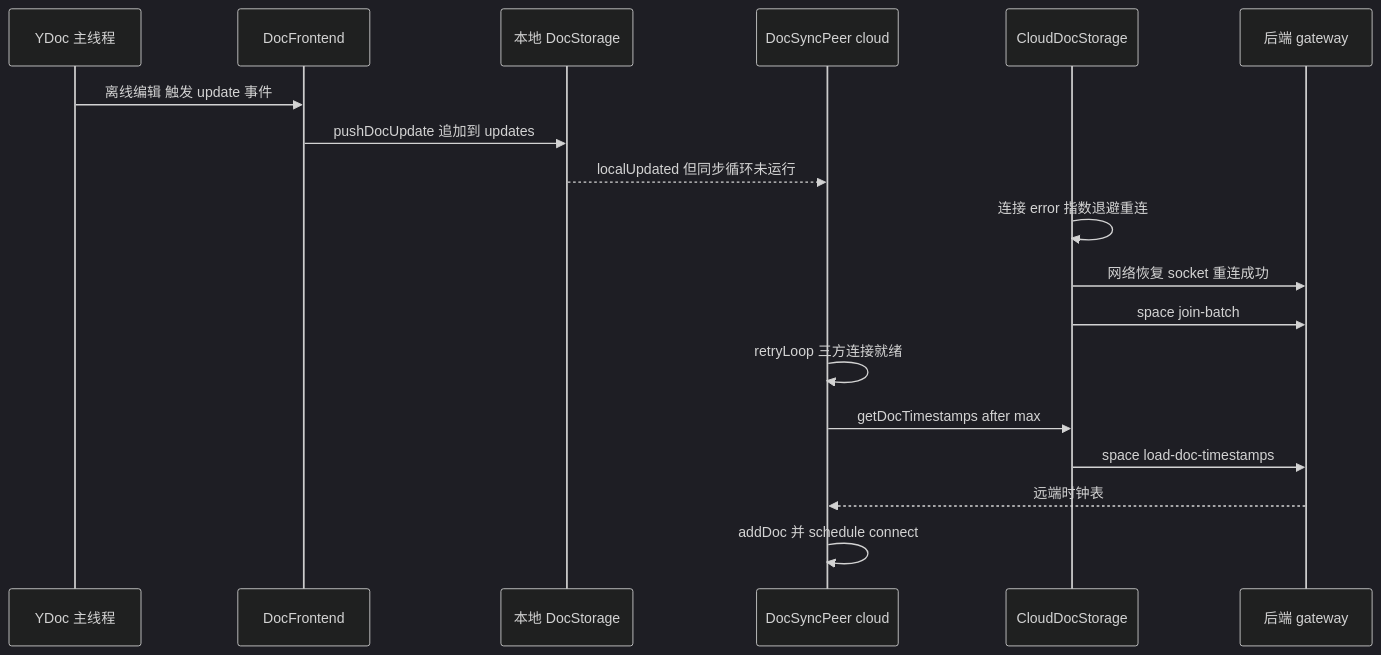
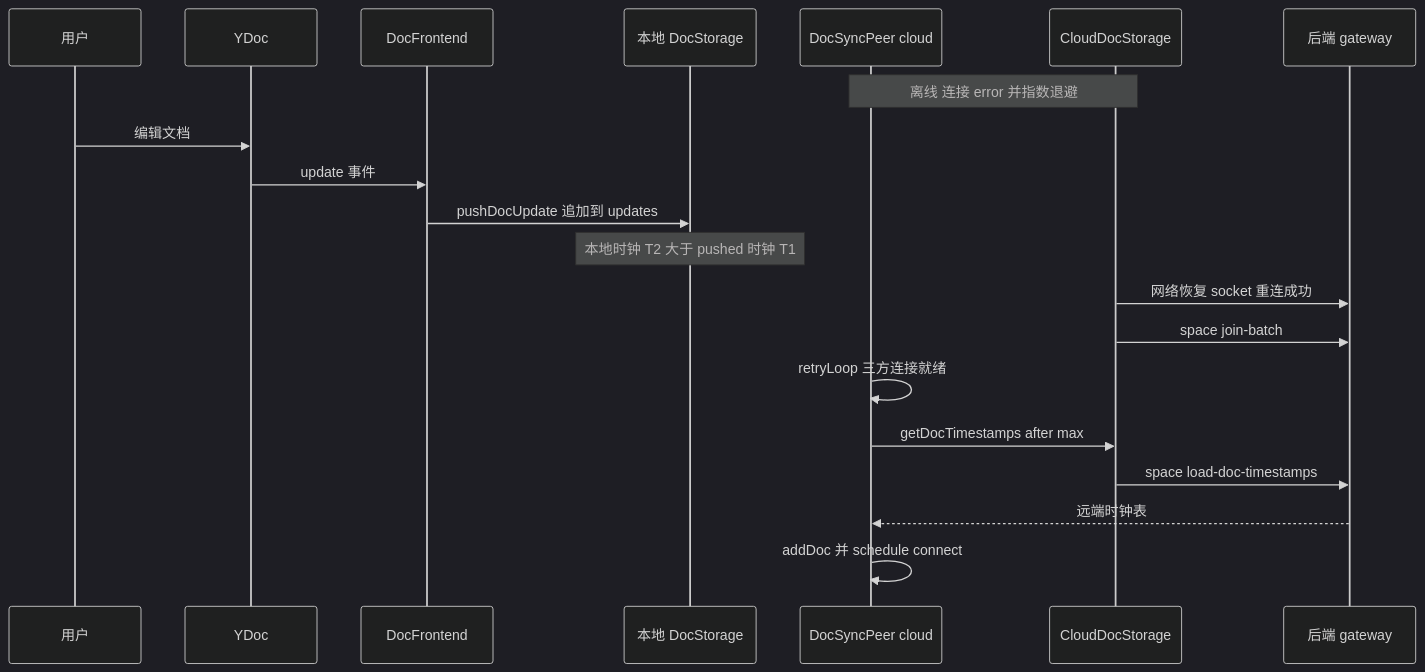
The sixth of 7 diagrams in learning-guide/slides/decks/19.md (lfire/AFFiNE), drawn with Mermaid (dark theme) before and after one commit. The commit also changed other lines of this file and 46 other files, not shown here.

````diff
--- a/learning-guide/slides/decks/19.md
+++ b/learning-guide/slides/decks/19.md
@@ -427,20 +470,22 @@
 ```mermaid
 sequenceDiagram
-  participant Y as YDoc 主线程
+  participant U as 用户
+  participant Y as YDoc
   participant DF as DocFrontend
   participant L as 本地 DocStorage
   participant P as DocSyncPeer cloud
   participant C as CloudDocStorage
   participant S as 后端 gateway
-  Y->>DF: 离线编辑 触发 update 事件
+  Note over P,C: 离线 连接 error 并指数退避
+  U->>Y: 编辑文档
+  Y->>DF: update 事件
   DF->>L: pushDocUpdate 追加到 updates
-  L-->>P: localUpdated 但同步循环未运行
-  C->>C: 连接 error 指数退避重连
+  Note over L: 本地时钟 T2 大于 pushed 时钟 T1
   C->>S: 网络恢复 socket 重连成功
   C->>S: space join-batch
   P->>P: retryLoop 三方连接就绪
   P->>C: getDocTimestamps after max
   C->>S: space load-doc-timestamps
   S-->>P: 远端时钟表
   P->>P: addDoc 并 schedule connect
 ```
````
